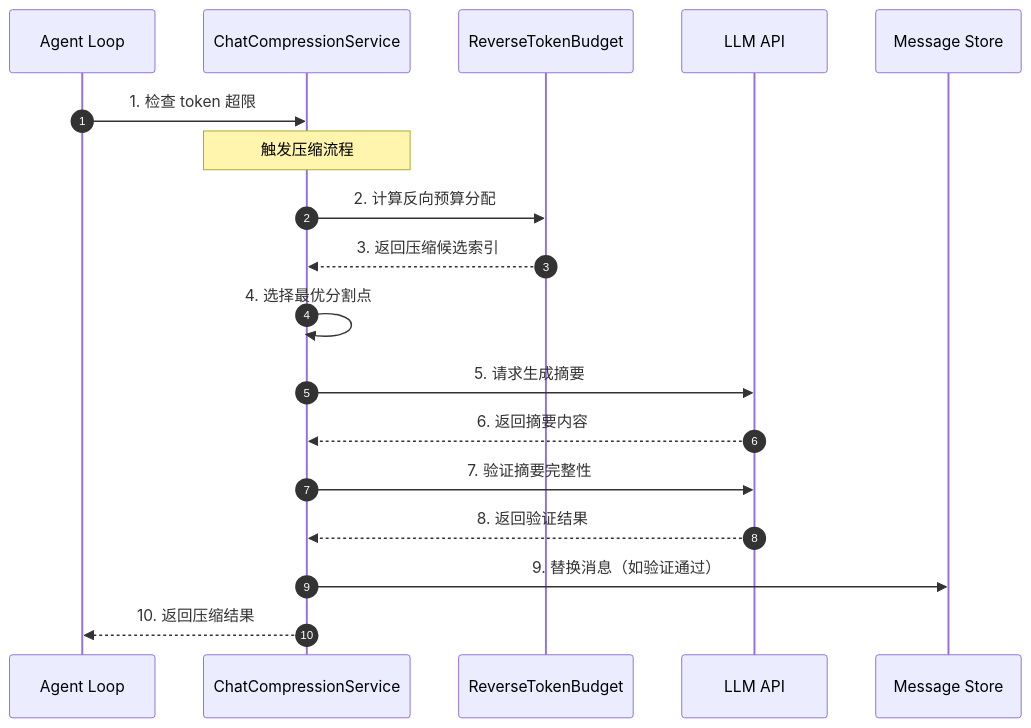
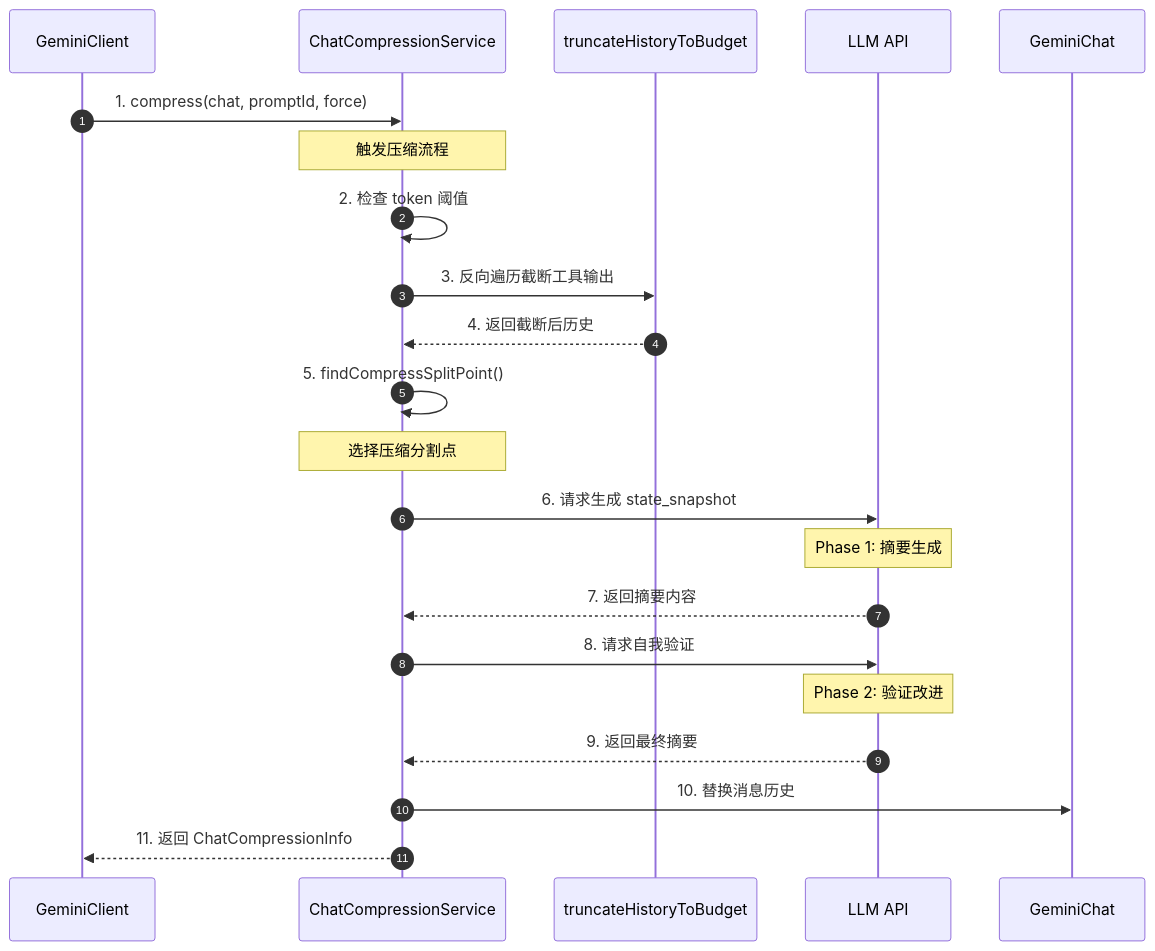
The first of 11 diagrams in docs/gemini-cli/questions/gemini-cli-context-compaction.md (giraffe-tree/agent-base), drawn with Mermaid before and after one commit. The commit also changed other lines of this file and 39 other files, not shown here.

````diff
--- a/docs/gemini-cli/questions/gemini-cli-context-compaction.md
+++ b/docs/gemini-cli/questions/gemini-cli-context-compaction.md
@@ -88,21 +89,25 @@
 ```mermaid
 sequenceDiagram
     autonumber
-    participant A as Agent Loop
-    participant C as ChatCompressionService
-    participant R as ReverseTokenBudget
+    participant C as GeminiClient
+    participant S as ChatCompressionService
+    participant T as truncateHistoryToBudget
     participant L as LLM API
-    participant M as Message Store
+    participant G as GeminiChat
 
-    A->>C: 1. 检查 token 超限
-    Note over C: 触发压缩流程
-    C->>R: 2. 计算反向预算分配
-    R-->>C: 3. 返回压缩候选索引
-    C->>C: 4. 选择最优分割点
-    C->>L: 5. 请求生成摘要
-    L-->>C: 6. 返回摘要内容
-    C->>L: 7. 验证摘要完整性
-    L-->>C: 8. 返回验证结果
-    C->>M: 9. 替换消息（如验证通过）
-    C-->>A: 10. 返回压缩结果
+    C->>S: 1. compress(chat, promptId, force)
+    Note over S: 触发压缩流程
+    S->>S: 2. 检查 token 阈值
+    S->>T: 3. 反向遍历截断工具输出
+    T-->>S: 4. 返回截断后历史
+    S->>S: 5. findCompressSplitPoint()
+    Note over S: 选择压缩分割点
+    S->>L: 6. 请求生成 state_snapshot
+    Note over L: Phase 1: 摘要生成
+    L-->>S: 7. 返回摘要内容
+    S->>L: 8. 请求自我验证
+    Note over L: Phase 2: 验证改进
+    L-->>S: 9. 返回最终摘要
+    S->>G: 10. 替换消息历史
+    S-->>C: 11. 返回 ChatCompressionInfo
 ```
````
